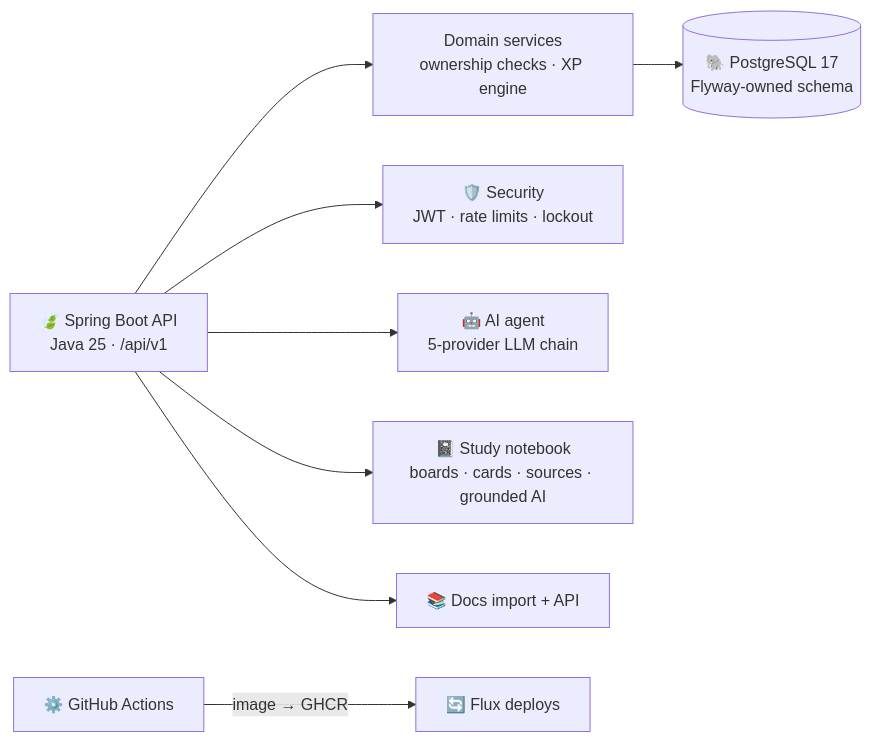
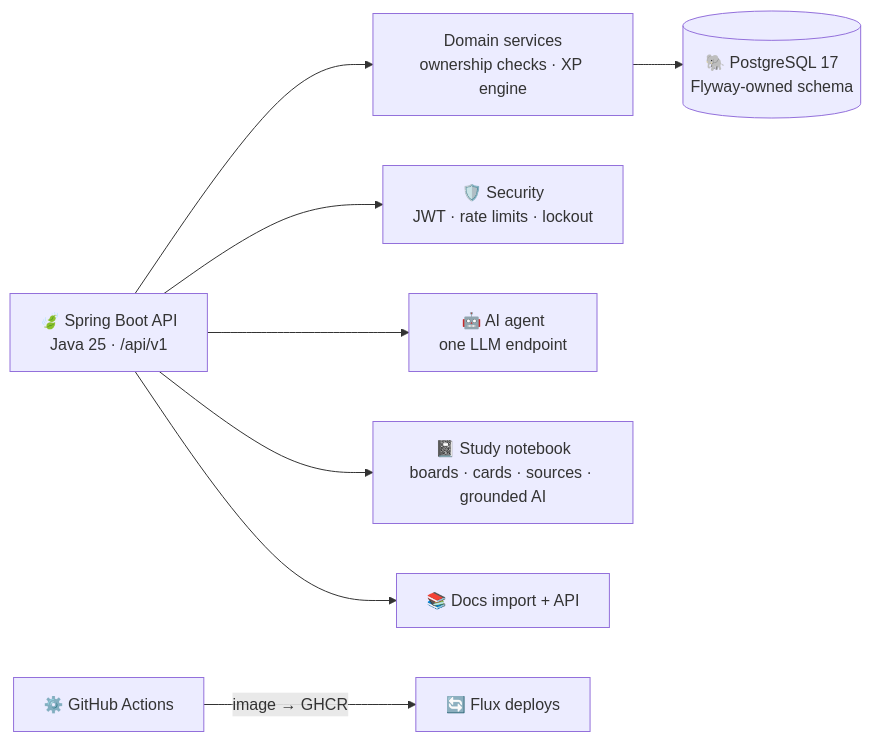
One commit to AndDev741/Beyou-arch-design changed the diagram in projects/beyou-backend/diagram.mmd. Above: the diagram before and after it, drawn with Mermaid. The commit also changed 18 other files, not shown here.

First line of the commit message:
docs(ai-agent): one LLM endpoint replaces the backend fallback chain

```diff
--- a/projects/beyou-backend/diagram.mmd
+++ b/projects/beyou-backend/diagram.mmd
@@ -1,9 +1,9 @@
 flowchart LR
   API["🍃 Spring Boot API<br/>Java 25 · /api/v1"]
   API --> DOM["Domain services<br/>ownership checks · XP engine"]
   DOM --> DB[("🐘 PostgreSQL 17<br/>Flyway-owned schema")]
   API --> SEC["🛡️ Security<br/>JWT · rate limits · lockout"]
-  API --> AI["🤖 AI agent<br/>5-provider LLM chain"]
+  API --> AI["🤖 AI agent<br/>one LLM endpoint"]
   API --> NB["📓 Study notebook<br/>boards · cards · sources · grounded AI"]
   API --> DOCS["📚 Docs import + API"]
   CI["⚙️ GitHub Actions"] -->|"image → GHCR"| WT["🔄 Flux deploys"]
```
